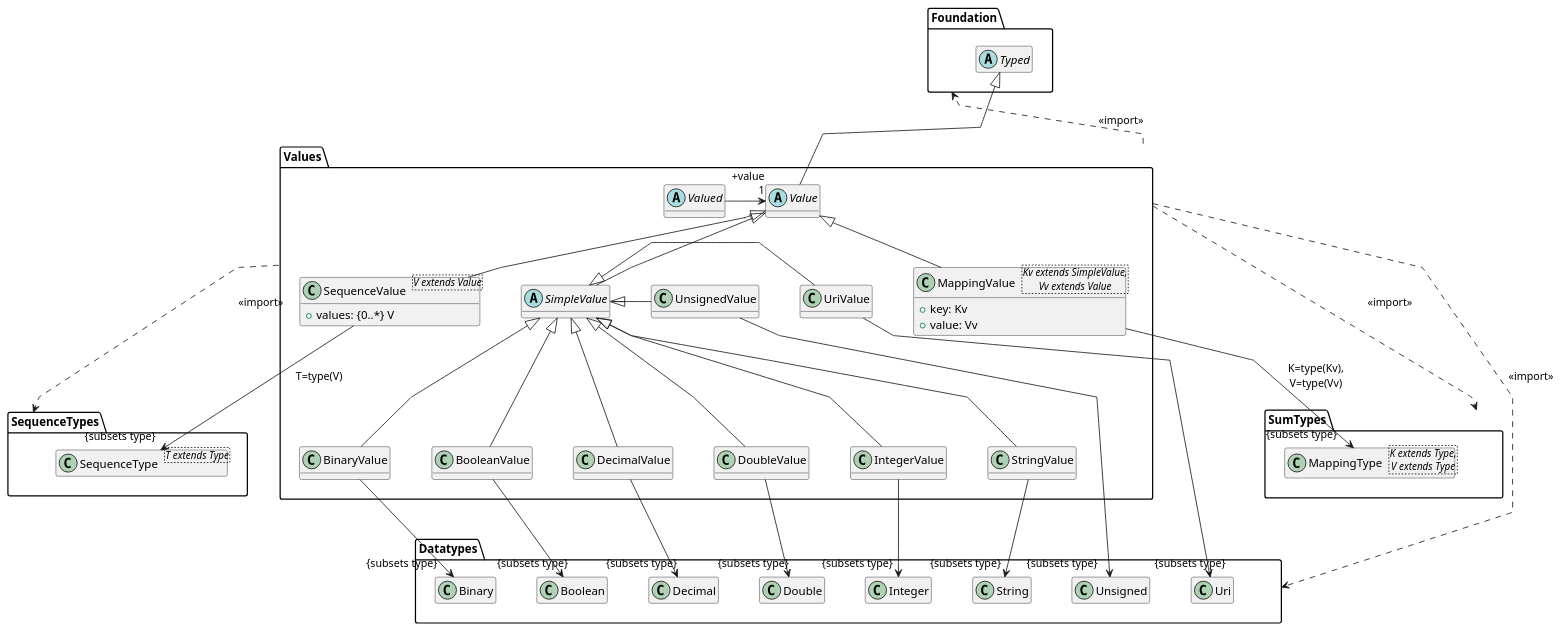
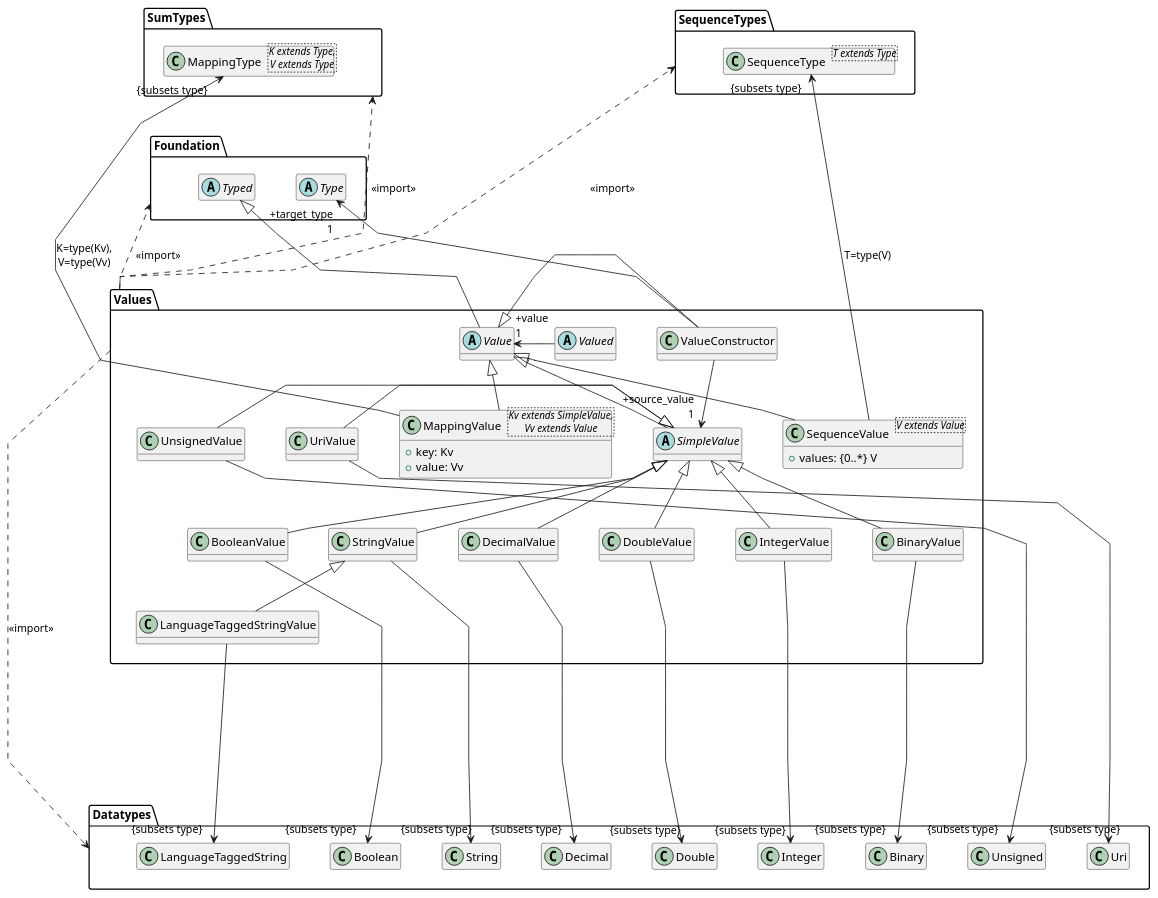
One commit to sdm-lang/sdml-io changed the tenth of 18 diagrams in docs/meta-model.org. Above: the diagram before and after it, drawn with PlantUML. The commit also changed other lines of this file and 20 other files, not shown here.

```diff
--- a/docs/meta-model.org
+++ b/docs/meta-model.org
@@ -726,6 +1256,7 @@
 
 package Foundation {
     hide members
+    abstract class Type {}
     abstract class Typed {}
 }
 
@@ -737,6 +1268,7 @@
     class Double {}
     class Integer {}
     class String {}
+    class LanguageTaggedString {}
     class Unsigned {}
     class Uri {}
 }
@@ -756,55 +1288,64 @@
     Value -up-|> Typed
 
     abstract class Valued {}
-    Valued ---right---> "+value\r1" Value
+    Valued ---left---> "+value\l1" Value
     
     abstract class SimpleValue {}
     SimpleValue -up-|> Value
     
     class BinaryValue {}
     BinaryValue -up-|> SimpleValue
-    BinaryValue --> "{subsets type}" Binary
+    BinaryValue --down--> "{subsets type}" Binary
     
     class BooleanValue {}
     BooleanValue -up-|> SimpleValue
-    BooleanValue --> "{subsets type}" Boolean
+    BooleanValue --down--> "{subsets type}" Boolean
     
     class DecimalValue {}
     DecimalValue -up-|> SimpleValue
-    DecimalValue --> "{subsets type}" Decimal
+    DecimalValue --down--> "{subsets type}" Decimal
     
     class DoubleValue {}
     DoubleValue -up-|> SimpleValue
-    DoubleValue --> "{subsets type}" Double
+    DoubleValue --down--> "{subsets type}" Double
     
     class IntegerValue {}
     IntegerValue -up-|> SimpleValue
-    IntegerValue --> "{subsets type}" Integer
+    IntegerValue --down--> "{subsets type}" Integer
     
     class StringValue {}
     StringValue -up-|> SimpleValue
-    StringValue --> "{subsets type}" String
+    StringValue --down--> "{subsets type}" String
+    
+    class LanguageTaggedStringValue {}
+    LanguageTaggedStringValue -up-|> StringValue
+    LanguageTaggedStringValue --down--> "{subsets type}" LanguageTaggedString
     
     class UnsignedValue {}
     UnsignedValue -|> SimpleValue
-    UnsignedValue --> "{subsets type}" Unsigned
+    UnsignedValue --down--> "{subsets type}" Unsigned
     
     class UriValue {}
     UriValue -|> SimpleValue
-    UriValue --> "{subsets type}" Uri
+    UriValue --down--> "{subsets type}" Uri
 
     class "MappingValue<Kv extends SimpleValue,\nVv extends Value>" as g_Mapping {
         +key: Kv
         +value: Vv
     }
     g_Mapping -up-|> Value
-    g_Mapping --> "{subsets type}" g_MappingType: "K=type(Kv),\nV=type(Vv)"
+    g_Mapping --up--> "{subsets type}" g_MappingType: "K=type(Kv),\nV=type(Vv)"
 
     class "SequenceValue<V extends Value>" as g_SequenceValue {
         +values: {0..*} V
     }
     g_SequenceValue -up-|> Value
-    g_SequenceValue --> "{subsets type}" g_Sequence: "T=type(V)"
+    g_SequenceValue --up--> "{subsets type}" g_Sequence: "T=type(V)"
+
+    class ValueConstructor
+    ValueConstructor -|> Value
+    ValueConstructor --> "+target_type\r1" Type
+    ValueConstructor --> "+source_value\r1" SimpleValue
 }
 
 Values .up.> Foundation: <<import>>
```
